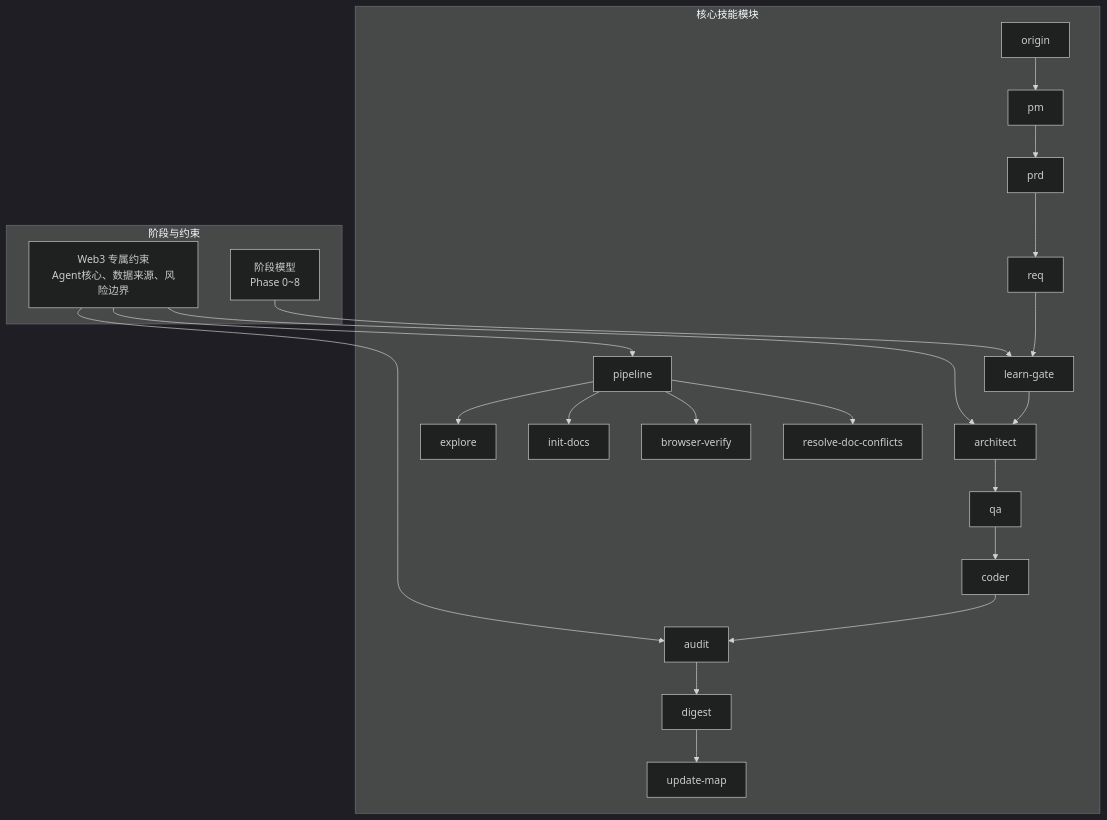
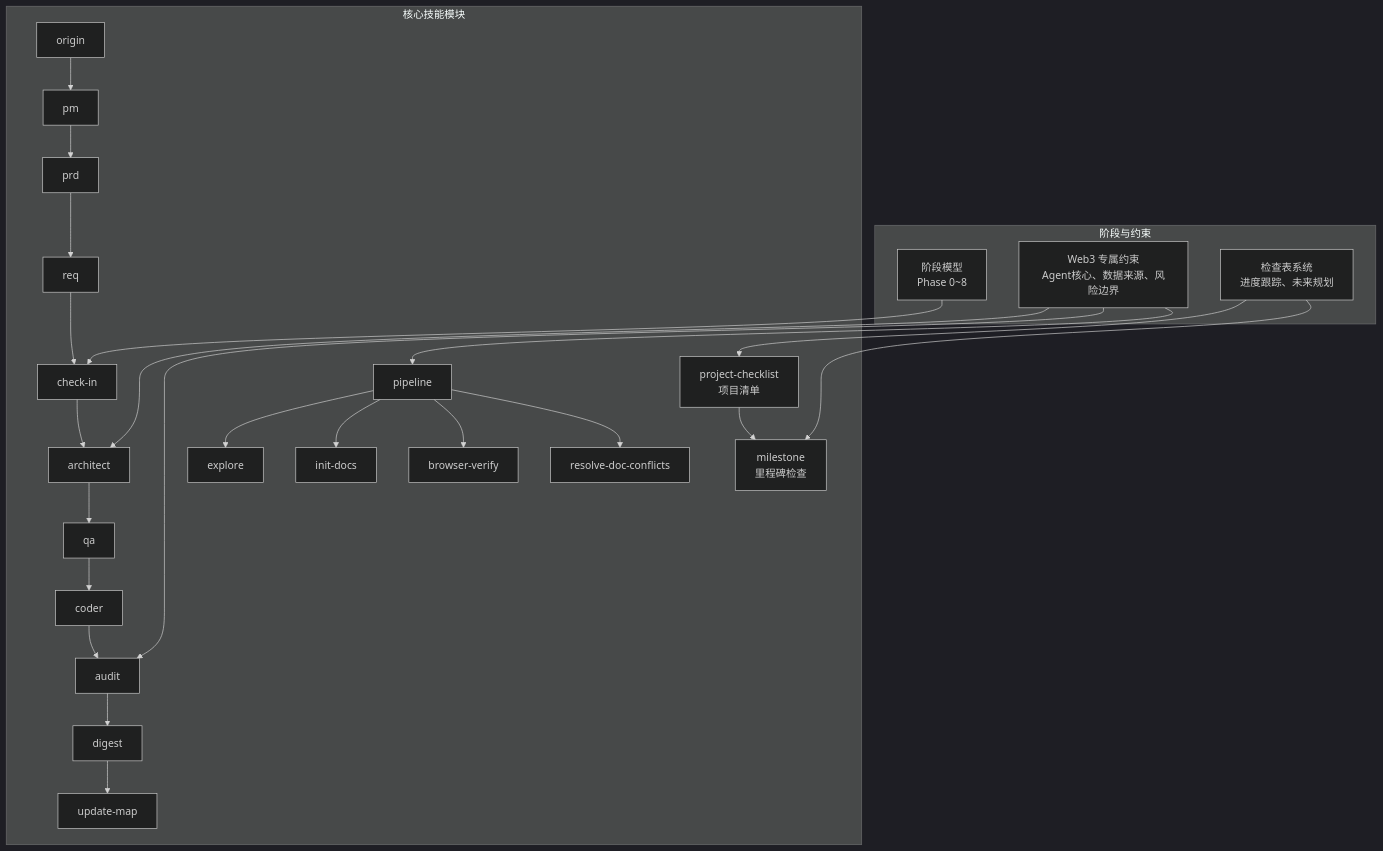
The second of 6 diagrams in .qoder/repowiki/zh/content/项目概述/项目概述.md (CryptoLinxu/Web3-AI-Agent), drawn with Mermaid (dark theme) before and after one commit. The commit also changed other lines of this file and 3 other files, not shown here.

First line of the commit message:
docs: 更新项目清单体系和技能地图

````diff
--- a/.qoder/repowiki/zh/content/项目概述/项目概述.md
+++ b/.qoder/repowiki/zh/content/项目概述/项目概述.md
@@ -129,34 +139,40 @@
 ```mermaid
 graph TB
 subgraph "阶段与约束"
 PHASES["阶段模型<br/>Phase 0~8"]
 WEB3_CONSTRAINTS["Web3 专属约束<br/>Agent核心、数据来源、风险边界"]
+CHECKLIST_SYSTEM["检查表系统<br/>进度跟踪、未来规划"]
 end
 subgraph "核心技能模块"
 ORG["origin"]
 PM["pm"]
 REQ["req"]
 PRD["prd"]
-LG["learn-gate"]
+CHECKIN["check-in"]
 ARCH["architect"]
 QA["qa"]
 CODER["coder"]
 AUDIT["audit"]
 DIGEST["digest"]
 UPDATE["update-map"]
 PIPE["pipeline"]
 EXPLORE["explore"]
 INIT["init-docs"]
 VER["browser-verify"]
 RES["resolve-doc-conflicts"]
+CHECKLIST["project-checklist<br/>项目清单"]
+MILESTONE["milestone<br/>里程碑检查"]
 end
-PHASES --> LG
+PHASES --> CHECKIN
 WEB3_CONSTRAINTS --> ARCH
 WEB3_CONSTRAINTS --> AUDIT
 WEB3_CONSTRAINTS --> PIPE
-ORG --> PM --> PRD --> REQ --> LG --> ARCH --> QA --> CODER --> AUDIT --> DIGEST --> UPDATE
+CHECKLIST_SYSTEM --> CHECKLIST
+CHECKLIST_SYSTEM --> MILESTONE
+ORG --> PM --> PRD --> REQ --> CHECKIN --> ARCH --> QA --> CODER --> AUDIT --> DIGEST --> UPDATE
 PIPE --> EXPLORE
 PIPE --> INIT
 PIPE --> VER
 PIPE --> RES
+CHECKLIST --> MILESTONE
 ```
````
